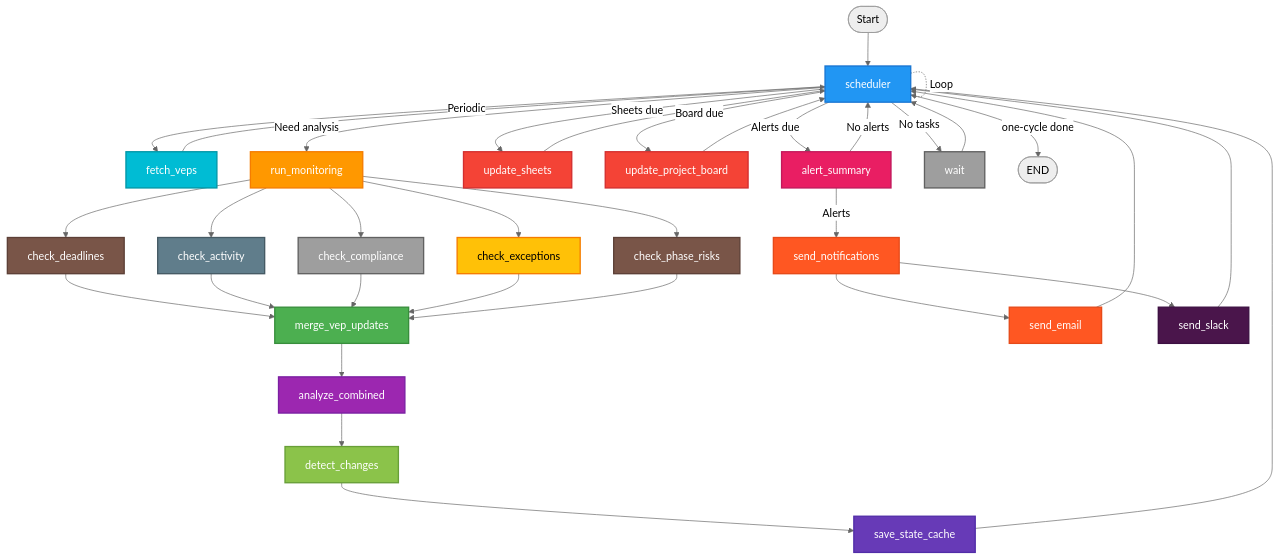
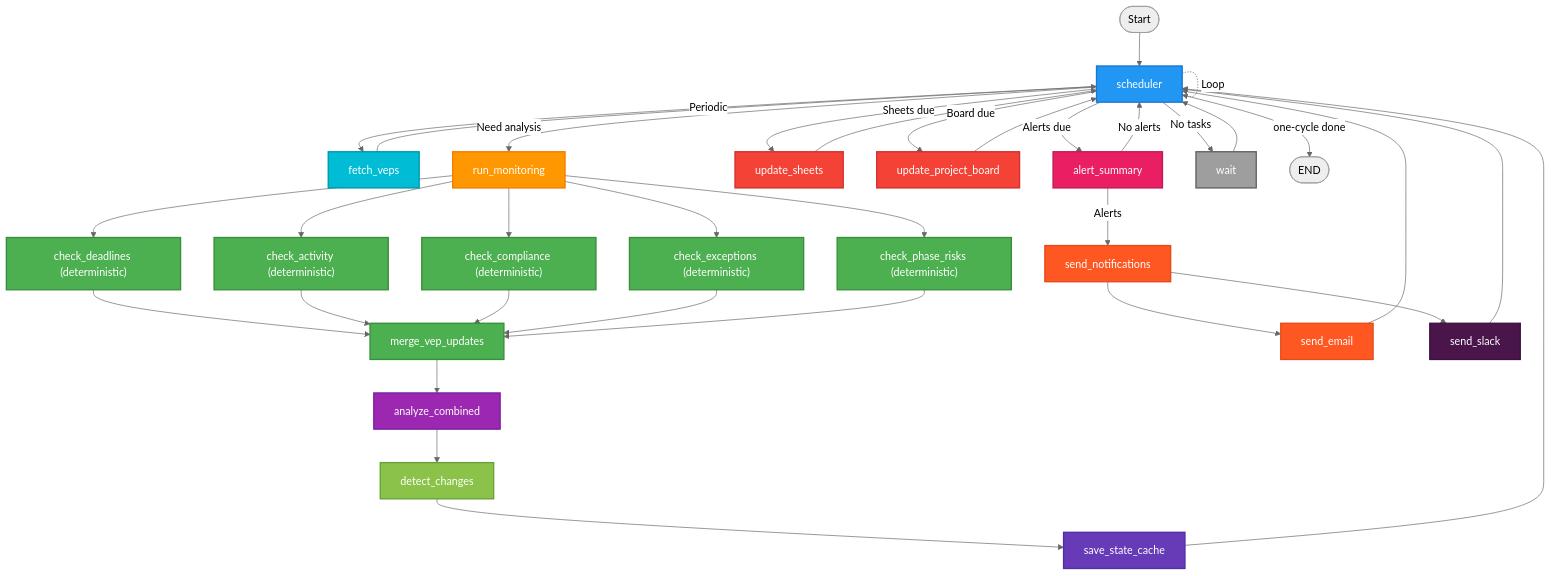
The diagram in README.md (iholder101/vep-police-agent), drawn with Mermaid (neutral theme) before and after one commit. The commit also changed other lines of this file, not shown here.

Commit message:
Update architecture diagram for deterministic check nodes
Mark all 5 check nodes as deterministic in the mermaid graph and flow
summary. Unified green styling visually distinguishes them from the
LLM-based analyze_combined node.

````diff
--- a/README.md
+++ b/README.md
@@ -27,65 +27,65 @@
 ```mermaid
 graph TD
     Start([Start]) --> Scheduler[scheduler]
 
     Scheduler -->|Periodic| FetchVEPs[fetch_veps]
     Scheduler -->|Need analysis| RunMonitoring[run_monitoring]
     Scheduler -->|Sheets due| UpdateSheets[update_sheets]
     Scheduler -->|Board due| UpdateBoard[update_project_board]
     Scheduler -->|Alerts due| AlertSummary[alert_summary]
     Scheduler -->|No tasks| Wait[wait]
     Scheduler -->|one-cycle done| End([END])
 
     FetchVEPs --> Scheduler
 
-    RunMonitoring --> CheckDeadlines[check_deadlines]
-    RunMonitoring --> CheckActivity[check_activity]
-    RunMonitoring --> CheckCompliance[check_compliance]
-    RunMonitoring --> CheckExceptions[check_exceptions]
-    RunMonitoring --> CheckPhaseRisks[check_phase_risks]
+    RunMonitoring --> CheckDeadlines["check_deadlines (deterministic)"]
+    RunMonitoring --> CheckActivity["check_activity (deterministic)"]
+    RunMonitoring --> CheckCompliance["check_compliance (deterministic)"]
+    RunMonitoring --> CheckExceptions["check_exceptions (deterministic)"]
+    RunMonitoring --> CheckPhaseRisks["check_phase_risks (deterministic)"]
 
     CheckDeadlines --> MergeUpdates[merge_vep_updates]
     CheckActivity --> MergeUpdates
     CheckCompliance --> MergeUpdates
     CheckExceptions --> MergeUpdates
     CheckPhaseRisks --> MergeUpdates
 
     MergeUpdates --> AnalyzeCombined[analyze_combined]
     AnalyzeCombined --> DetectChanges[detect_changes]
     DetectChanges --> SaveStateCache[save_state_cache]
     SaveStateCache --> Scheduler
 
     AlertSummary -->|Alerts| SendNotifications[send_notifications]
     AlertSummary -->|No alerts| Scheduler
 
     SendNotifications --> SendEmail[send_email]
     SendNotifications --> SendSlack[send_slack]
 
     UpdateSheets --> Scheduler
     UpdateBoard --> Scheduler
     SendEmail --> Scheduler
     SendSlack --> Scheduler
     Wait --> Scheduler
 
     Scheduler -.->|Loop| Scheduler
 
     style Scheduler fill:#2196F3,stroke:#1976D2,stroke-width:2px,color:#fff
     style RunMonitoring fill:#FF9800,stroke:#F57C00,stroke-width:2px,color:#fff
     style MergeUpdates fill:#4CAF50,stroke:#388E3C,stroke-width:2px,color:#fff
     style AnalyzeCombined fill:#9C27B0,stroke:#7B1FA2,stroke-width:2px,color:#fff
     style DetectChanges fill:#8BC34A,stroke:#689F38,stroke-width:2px,color:#fff
     style SaveStateCache fill:#673AB7,stroke:#512DA8,stroke-width:2px,color:#fff
     style UpdateSheets fill:#F44336,stroke:#D32F2F,stroke-width:2px,color:#fff
     style UpdateBoard fill:#F44336,stroke:#D32F2F,stroke-width:2px,color:#fff
     style FetchVEPs fill:#00BCD4,stroke:#0097A7,stroke-width:2px,color:#fff
-    style CheckDeadlines fill:#795548,stroke:#5D4037,stroke-width:2px,color:#fff
-    style CheckActivity fill:#607D8B,stroke:#455A64,stroke-width:2px,color:#fff
-    style CheckCompliance fill:#9E9E9E,stroke:#616161,stroke-width:2px,color:#fff
-    style CheckExceptions fill:#FFC107,stroke:#F57C00,stroke-width:2px,color:#000
-    style CheckPhaseRisks fill:#795548,stroke:#5D4037,stroke-width:2px,color:#fff
+    style CheckDeadlines fill:#4CAF50,stroke:#388E3C,stroke-width:2px,color:#fff
+    style CheckActivity fill:#4CAF50,stroke:#388E3C,stroke-width:2px,color:#fff
+    style CheckCompliance fill:#4CAF50,stroke:#388E3C,stroke-width:2px,color:#fff
+    style CheckExceptions fill:#4CAF50,stroke:#388E3C,stroke-width:2px,color:#fff
+    style CheckPhaseRisks fill:#4CAF50,stroke:#388E3C,stroke-width:2px,color:#fff
     style AlertSummary fill:#E91E63,stroke:#C2185B,stroke-width:2px,color:#fff
     style SendNotifications fill:#FF5722,stroke:#E64A19,stroke-width:2px,color:#fff
     style SendEmail fill:#FF5722,stroke:#E64A19,stroke-width:2px,color:#fff
     style SendSlack fill:#4A154B,stroke:#3C1042,stroke-width:2px,color:#fff
     style Wait fill:#9E9E9E,stroke:#616161,stroke-width:2px,color:#fff
 ```
````
